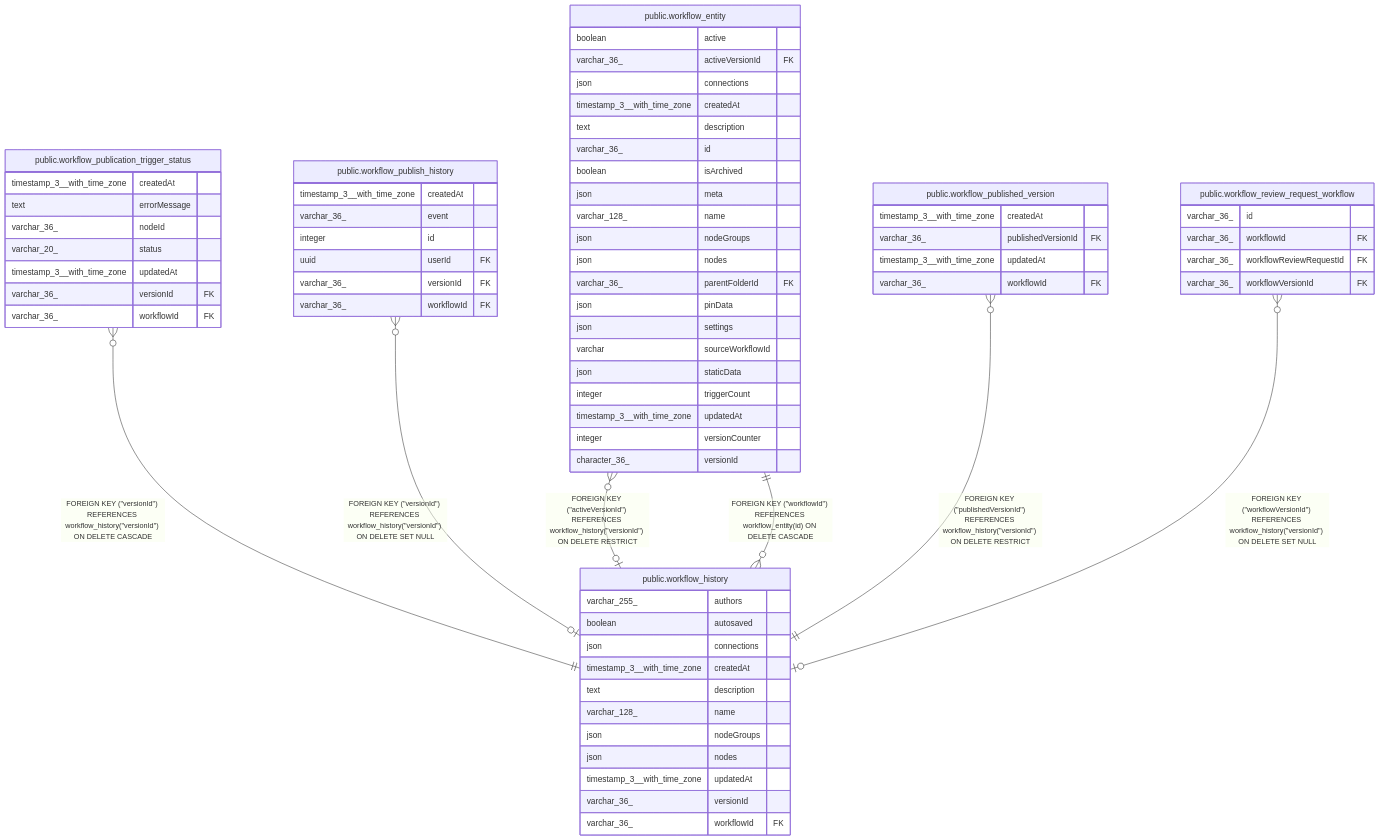
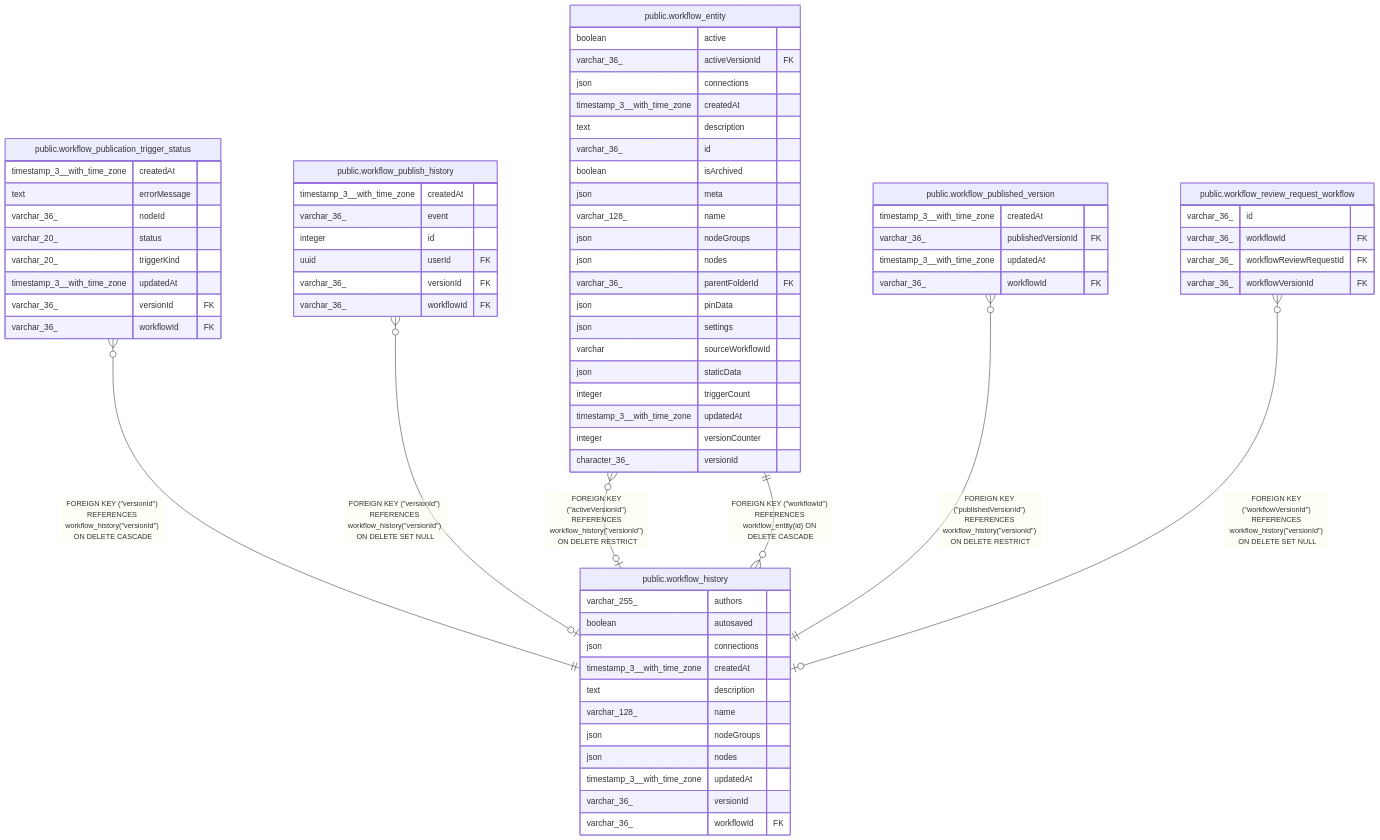
One commit to mayankjain1815-commits/n8n changed the diagram in docs/generated/postgres-schema/public.workflow_history.md. Above: the diagram before and after it, drawn with Mermaid. The commit also changed 12 other files, not shown here.

````diff
--- a/docs/generated/postgres-schema/public.workflow_history.md
+++ b/docs/generated/postgres-schema/public.workflow_history.md
@@ -44,75 +44,76 @@
 ```mermaid
 erDiagram
 
 "public.workflow_entity" }o--o| "public.workflow_history" : "FOREIGN KEY (#quot;activeVersionId#quot;) REFERENCES workflow_history(#quot;versionId#quot;) ON DELETE RESTRICT"
 "public.workflow_publication_trigger_status" }o--|| "public.workflow_history" : "FOREIGN KEY (#quot;versionId#quot;) REFERENCES workflow_history(#quot;versionId#quot;) ON DELETE CASCADE"
 "public.workflow_publish_history" }o--o| "public.workflow_history" : "FOREIGN KEY (#quot;versionId#quot;) REFERENCES workflow_history(#quot;versionId#quot;) ON DELETE SET NULL"
 "public.workflow_published_version" }o--|| "public.workflow_history" : "FOREIGN KEY (#quot;publishedVersionId#quot;) REFERENCES workflow_history(#quot;versionId#quot;) ON DELETE RESTRICT"
 "public.workflow_review_request_workflow" }o--o| "public.workflow_history" : "FOREIGN KEY (#quot;workflowVersionId#quot;) REFERENCES workflow_history(#quot;versionId#quot;) ON DELETE SET NULL"
 "public.workflow_history" }o--|| "public.workflow_entity" : "FOREIGN KEY (#quot;workflowId#quot;) REFERENCES workflow_entity(id) ON DELETE CASCADE"
 
 "public.workflow_history" {
   varchar_255_ authors
   boolean autosaved
   json connections
   timestamp_3__with_time_zone createdAt
   text description
   varchar_128_ name
   json nodeGroups
   json nodes
   timestamp_3__with_time_zone updatedAt
   varchar_36_ versionId
   varchar_36_ workflowId FK
 }
 "public.workflow_entity" {
   boolean active
   varchar_36_ activeVersionId FK
   json connections
   timestamp_3__with_time_zone createdAt
   text description
   varchar_36_ id
   boolean isArchived
   json meta
   varchar_128_ name
   json nodeGroups
   json nodes
   varchar_36_ parentFolderId FK
   json pinData
   json settings
   varchar sourceWorkflowId
   json staticData
   integer triggerCount
   timestamp_3__with_time_zone updatedAt
   integer versionCounter
   character_36_ versionId
 }
 "public.workflow_publication_trigger_status" {
   timestamp_3__with_time_zone createdAt
   text errorMessage
   varchar_36_ nodeId
   varchar_20_ status
+  varchar_20_ triggerKind
   timestamp_3__with_time_zone updatedAt
   varchar_36_ versionId FK
   varchar_36_ workflowId FK
 }
 "public.workflow_publish_history" {
   timestamp_3__with_time_zone createdAt
   varchar_36_ event
   integer id
   uuid userId FK
   varchar_36_ versionId FK
   varchar_36_ workflowId FK
 }
 "public.workflow_published_version" {
   timestamp_3__with_time_zone createdAt
   varchar_36_ publishedVersionId FK
   timestamp_3__with_time_zone updatedAt
   varchar_36_ workflowId FK
 }
 "public.workflow_review_request_workflow" {
   varchar_36_ id
   varchar_36_ workflowId FK
   varchar_36_ workflowReviewRequestId FK
   varchar_36_ workflowVersionId FK
 }
 ```
````
